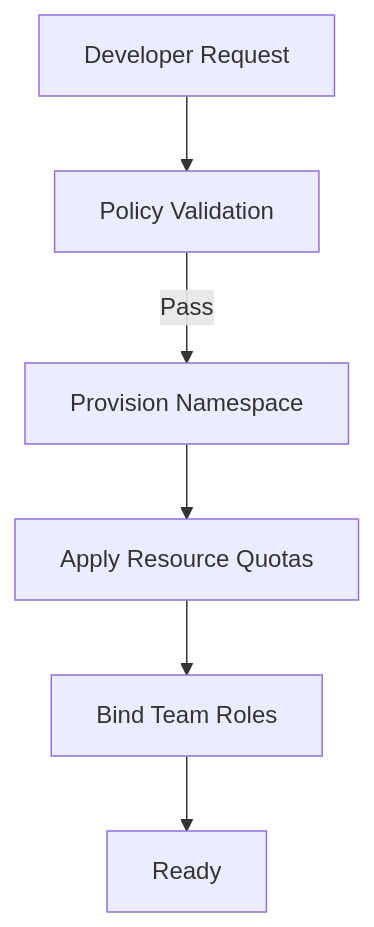
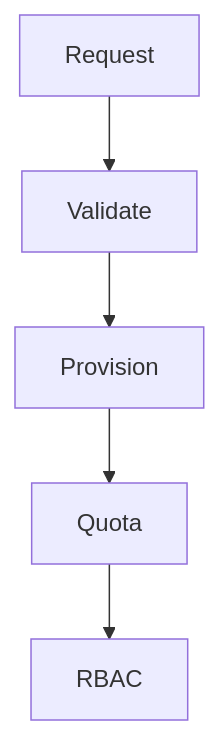
Before and after one commit to Devopstrio/hybrid-kubernetes-pattern: the sixth of 30 diagrams in README.md, drawn with Mermaid. The commit also changed other lines of this file, not shown here.

Commit message:
docs: expand README with 30+ architectural diagrams

````diff
--- a/README.md
+++ b/README.md
@@ -160,8 +82,7 @@
 ```mermaid
 graph TD
-    Req[Developer Request] --> Val[Policy Validation]
-    Val -->|Pass| Create[Provision Namespace]
-    Create --> Quota[Apply Resource Quotas]
-    Quota --> RBAC[Bind Team Roles]
-    RBAC --> Notify[Ready]
+    R[Request] --> V[Validate]
+    V --> P[Provision]
+    P --> Q[Quota]
+    Q --> B[RBAC]
 ```
````
